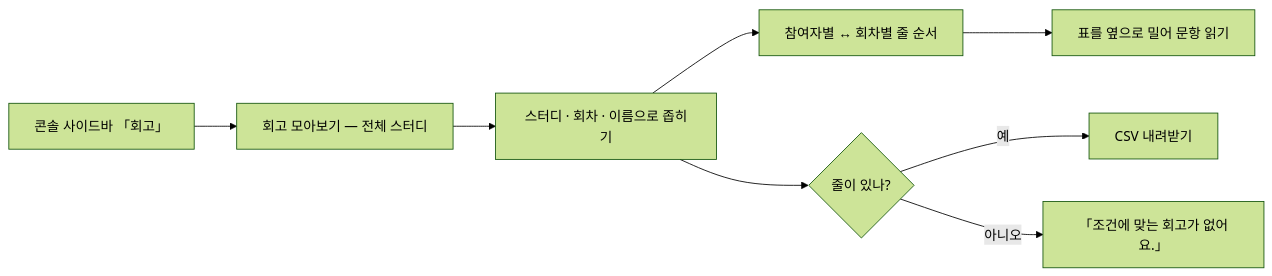
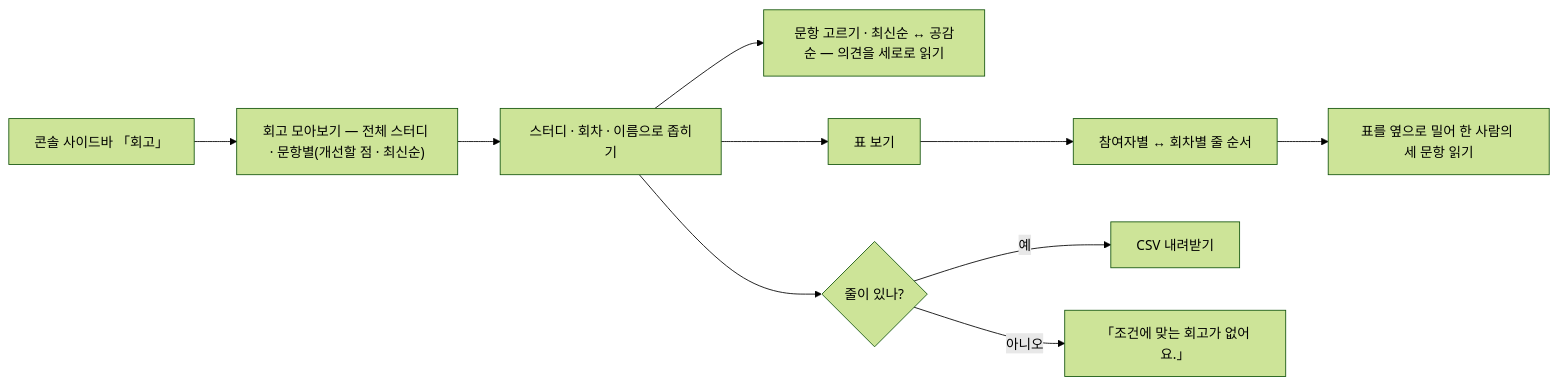
Before and after one commit to StudyClub-PlusPlus/studyclub-engineering: the diagram in 01-planning/stories/captain-collect-meeting-retros/PRD.md, drawn with Mermaid (forest theme). The commit also changed other lines of this file and 2 other files, not shown here.

First line of the commit message:
feat(playground): 회고 모아보기 — 문항별 보기(기본 개선할 점 · 최신순) 추가, 표는 「표」 보기로

````diff
--- a/01-planning/stories/captain-collect-meeting-retros/PRD.md
+++ b/01-planning/stories/captain-collect-meeting-retros/PRD.md
@@ -11,10 +11,12 @@
 ```mermaid
 flowchart LR
-  A["콘솔 사이드바 「회고」"] --> B["회고 모아보기 — 전체 스터디"]
+  A["콘솔 사이드바 「회고」"] --> B["회고 모아보기 — 전체 스터디 · 문항별(개선할 점 · 최신순)"]
   B --> C["스터디 · 회차 · 이름으로 좁히기"]
-  C --> D["참여자별 ↔ 회차별 줄 순서"]
-  D --> E["표를 옆으로 밀어 문항 읽기"]
+  C --> Q["문항 고르기 · 최신순 ↔ 공감순 — 의견을 세로로 읽기"]
+  C --> T["표 보기"]
+  T --> D["참여자별 ↔ 회차별 줄 순서"]
+  D --> E["표를 옆으로 밀어 한 사람의 세 문항 읽기"]
   C --> F{"줄이 있나?"}
   F -->|예| G["CSV 내려받기"]
   F -->|아니오| H["「조건에 맞는 회고가 없어요.」"]
 ```
````
